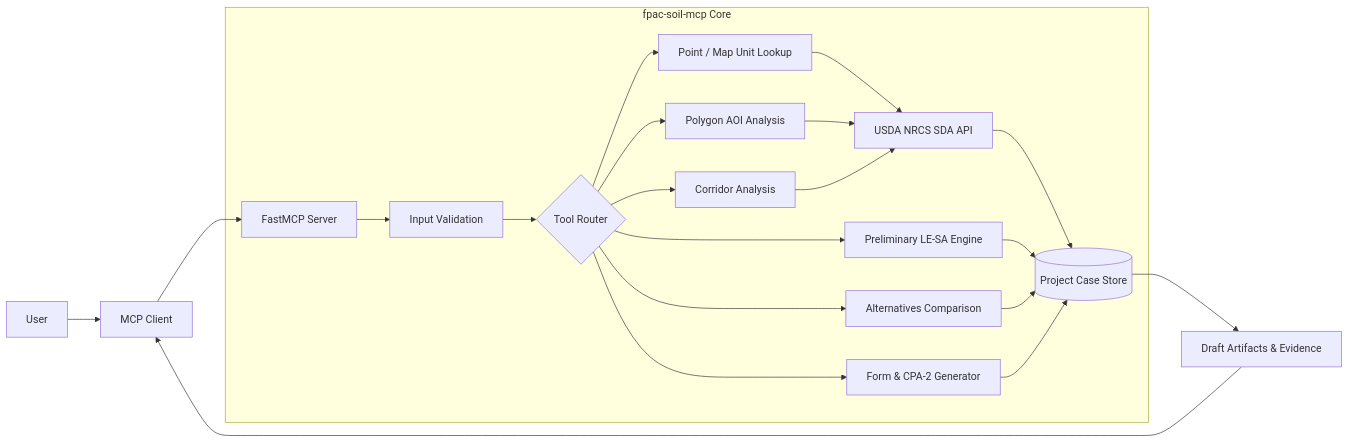
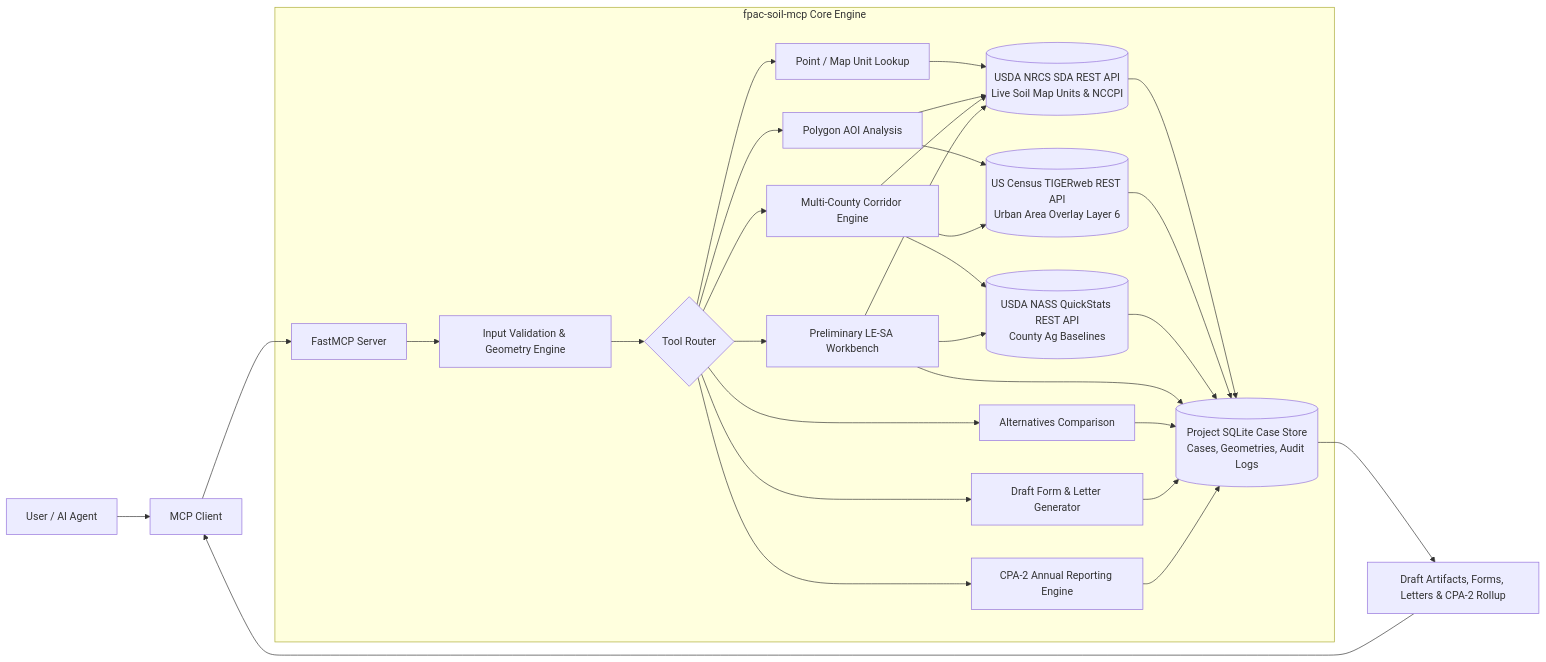
The first of 2 diagrams in planning/MASTER_PLAN.md (AndrewBrown-USDA/fpac-soil-mcp), drawn with Mermaid before and after one commit. The commit also changed other lines of this file and 5 other files, not shown here.

````diff
--- a/planning/MASTER_PLAN.md
+++ b/planning/MASTER_PLAN.md
@@ -54,27 +60,37 @@
 ```mermaid
 flowchart LR
-    U[User] --> H[MCP Client]
+    U[User / AI Agent] --> H[MCP Client]
     H --> M[FastMCP Server]
 
-    subgraph Core[fpac-soil-mcp Core]
-        M --> V[Input Validation]
+    subgraph Core[fpac-soil-mcp Core Engine]
+        M --> V[Input Validation & Geometry Engine]
         V --> T{Tool Router}
         T --> PT[Point / Map Unit Lookup]
         T --> AOI[Polygon AOI Analysis]
-        T --> COR[Corridor Analysis]
-        T --> LESA[Preliminary LE-SA Engine]
+        T --> COR[Multi-County Corridor Engine]
+        T --> LESA[Preliminary LE-SA Workbench]
         T --> ALT[Alternatives Comparison]
-        T --> RPT[Form & CPA-2 Generator]
+        T --> DOC[Draft Form & Letter Generator]
+        T --> CPA2[CPA-2 Annual Reporting Engine]
 
-        PT --> SDA[USDA NRCS SDA API]
+        PT --> SDA[(USDA NRCS SDA REST API\nLive Soil Map Units & NCCPI)]
         AOI --> SDA
         COR --> SDA
-        SDA --> DB[(Project Case Store)]
+        AOI --> TIGER[(US Census TIGERweb REST API\nUrban Area Overlay Layer 6)]
+        COR --> TIGER
+        COR --> NASS[(USDA NASS QuickStats REST API\nCounty Ag Baselines)]
+        LESA --> NASS
+        LESA --> SDA
+
+        SDA --> DB[(Project SQLite Case Store\nCases, Geometries, Audit Logs)]
+        TIGER --> DB
+        NASS --> DB
         LESA --> DB
         ALT --> DB
-        RPT --> DB
+        DOC --> DB
+        CPA2 --> DB
     end
 
-    DB --> OUT[Draft Artifacts & Evidence]
+    DB --> OUT[Draft Artifacts, Forms, Letters & CPA-2 Rollup]
     OUT --> H
 ```
````
